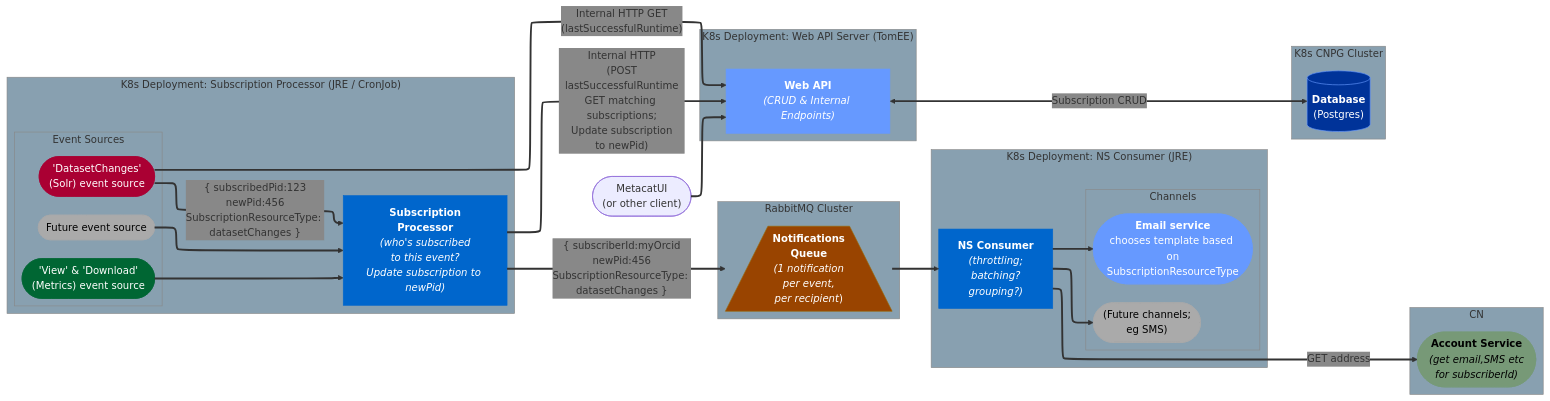
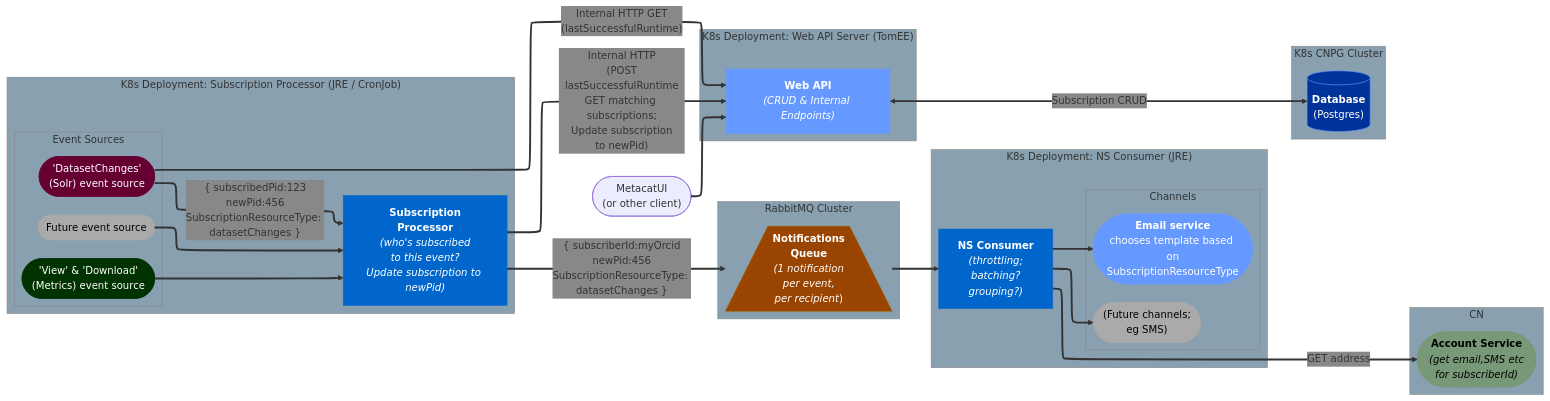
One commit to DataONEorg/notification-service changed the diagram in docs/architecture.mmd. Above: the diagram before and after it, drawn with Mermaid.

Commit message:
Update styles for ds-src and mtrx-src in architecture

```diff
--- a/docs/architecture.mmd
+++ b/docs/architecture.mmd
@@ -1,67 +1,67 @@
 ---
 config:
   layout: "elk"
   themeVariables:
     clusterBorder: "#888888"
     clusterBkg: "#88a0b0"
     edgeLabelBackground: "#888888"
 ---
 flowchart LR
         subgraph RabbitMQ Cluster
             Q["<b>Notifications<br/>Queue</b><br/><em>(1 notification<br/>per event,<br/>per recipient</em>)"]@{ shape: trapezoid-bottom }
         end
 
         subgraph "CN"
             account-svc(["<b>Account Service</b><br/><em>(get email,SMS etc<br/>for subscriberId)</em>"])
         end
 
         subgraph K8s CNPG Cluster
             DB["<b>Database</b><br/>(Postgres)"]@{ shape: cylinder }
         end
 
         subgraph "K8s Deployment: Web API Server (TomEE)"
             web-api["<b>Web API</b><br/><em>(CRUD & Internal Endpoints)</em>"]
         end
 
         subgraph "K8s Deployment: Subscription Processor (JRE / CronJob)"
             subgraph "Event Sources"
                 ds-src(["'DatasetChanges'<br/>(Solr) event source"])
                 mtrx-src(["'View' & 'Download'<br/>(Metrics) event source"])
                 fut-src(["Future event source"])
             end
             subs-proc["<b>Subscription<br/>Processor</b><br/><em>(who's subscribed<br/>to this event?<br/>Update subscription to newPid)</em>"]
         end
 
         subgraph "K8s Deployment: NS Consumer (JRE)"
             consumer["<b>NS Consumer</b><br/><em>(throttling;<br/>batching?<br/>grouping?)</em>"]
             subgraph Channels
                 email-svc(["<b>Email service</b><br/>chooses template based on<br/>SubscriptionResourceType"])
                 fut-channel(["(Future channels;<br/>eg SMS)"])
             end
         end
 
         metacatui(["MetacatUI<br/>(or other client)"]) --> web-api
         subs-proc -- "{ subscriberId:myOrcid<br/>newPid:456<br/>SubscriptionResourceType: datasetChanges }" --> Q
         consumer -- "GET address" --> account-svc
         Q --> consumer
         consumer --> fut-channel
         consumer --> email-svc
         ds-src -- "{ subscribedPid:123<br/>newPid:456<br/>SubscriptionResourceType: datasetChanges }" --> subs-proc
         mtrx-src --> subs-proc
         fut-src --> subs-proc
         ds-src -- "Internal HTTP GET<br/>(lastSuccessfulRuntime)" --> web-api
         subs-proc -- "Internal HTTP<br/>(POST<br/>lastSuccessfulRuntime<br/>GET matching subscriptions;<br/>Update subscription<br/>to newPid)" --> web-api
         web-api <-- Subscription CRUD --> DB
 
     linkStyle default stroke-width:3px,color:#000000,font-style:italic
-    style ds-src color:#FFFFFF, stroke:#AA0033, fill:#AA0033
-    style mtrx-src color:#FFFFFF, stroke:#006633, fill:#006633
+    style ds-src color:#FFFFFF, stroke:#660033, fill:#660033
+    style mtrx-src color:#FFFFFF, stroke:#003300, fill:#003300
     style subs-proc color:#FFFFFF, stroke:#0066CC, fill:#0066CC
     style Q color:#FFFFFF, stroke:#996600, fill:#994400
     style consumer color:#FFFFFF, stroke:#0066CC, fill:#0066CC
     style email-svc color:#FFFFFF, stroke:#6699FF, fill:#6699FF
     style web-api color:#FFFFFF, stroke:#6699FF, fill:#6699FF
     style fut-channel color:#000000, stroke:#aaaaaa, fill:#aaaaaa
     style fut-src color:#000000, stroke:#aaaaaa, fill:#aaaaaa
     style DB color:#FFFFFF, stroke:#6699FF, fill:#003399
     style account-svc color:#000000, stroke:#779977, fill:#779977
```
